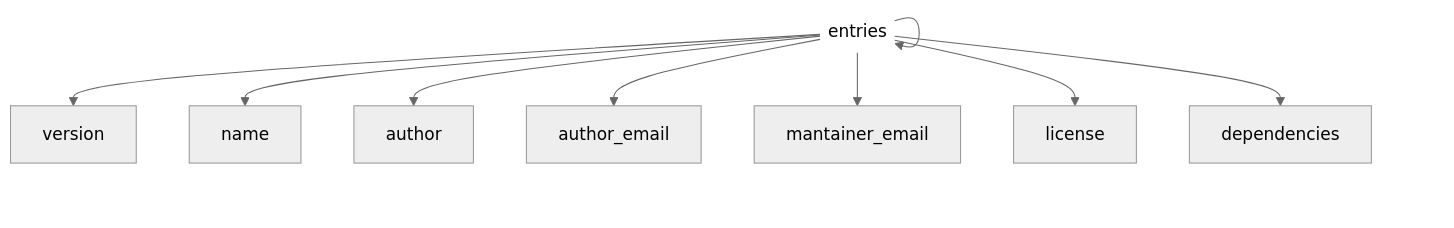
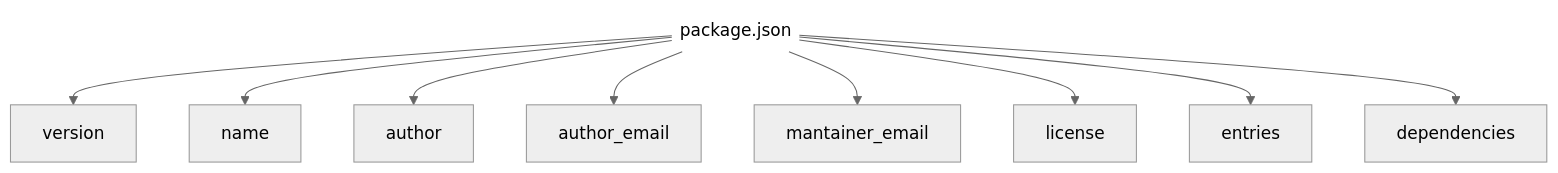
One commit to Guille-ux/ConduitPkg changed the second of 2 diagrams in docs/README.md. Above: the diagram before and after it, drawn with Mermaid (neutral theme).

````diff
--- a/docs/README.md
+++ b/docs/README.md
@@ -17,9 +17,9 @@
 ```mermaid
 ---
 config:
   layout: dagre
 ---
 flowchart TD
-    n1["package.json"] --> n4["version"] & n5["name"] & n6["author"] & n7["author_email"] & n8["mantainer_email"] & n9["license"] & n1["entries"] & n2["dependencies"]
+    n1["package.json"] --> n4["version"] & n5["name"] & n6["author"] & n7["author_email"] & n8["mantainer_email"] & n9["license"] & n3["entries"] & n2["dependencies"]
     n1@{ shape: text}
 ```
````
